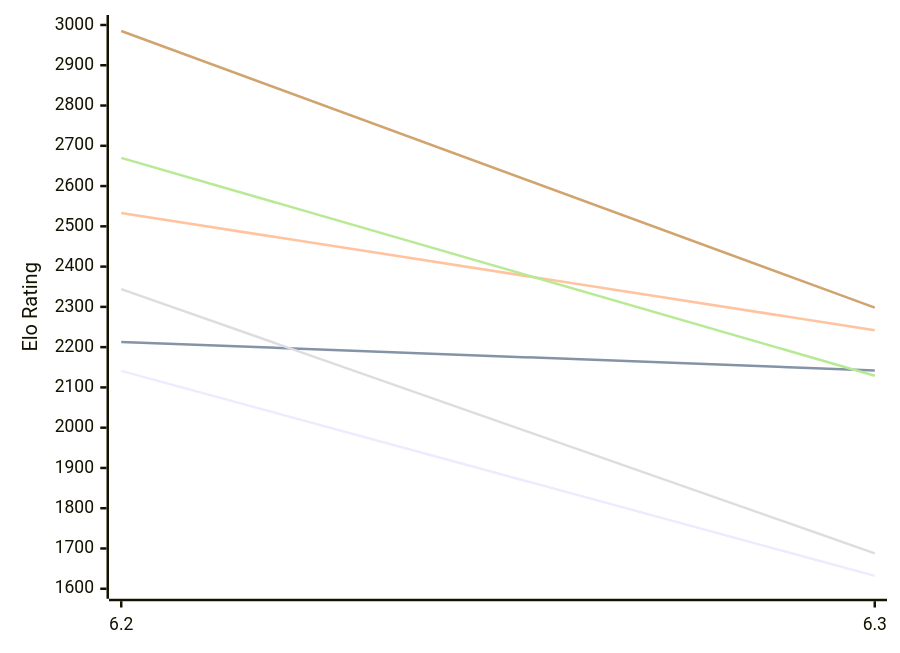
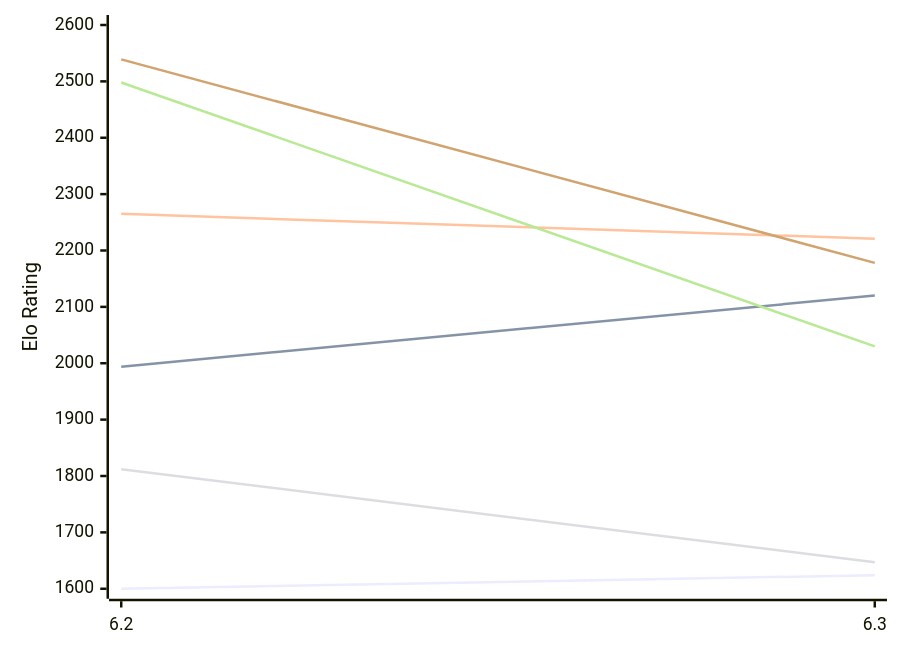
The first of 2 diagrams in engines/chess4j.md (computer-chess-index/cci), drawn with Mermaid before and after one commit. The commit also changed other lines of this file, not shown here.

Commit message:
Update CCI Ratings (ELO VLTC) - 2026-11-13

````diff
--- a/engines/chess4j.md
+++ b/engines/chess4j.md
@@ -50,12 +50,12 @@
 ```mermaid
 %%{init: {"theme":"base","themeVariables":{"seriesColors:['#a3a3a3','#222221','#faa371']}}}%%
 xychart-beta
   x-axis ["6.2", "6.3"]
-  y-axis "Elo Rating" 1600 --> 3000
-  line "E1: STC (8.0+0.08s)" [2141, 1632]
-  line "E1: LTC (60.0+0.60s)" [2213, 2142]
-  line "E1: VLTC (2m24s+1.12s)" [2533, 2242]
-  line "P1: STC (8.0+0.08s)" [2344, 1688]
-  line "P1: LTC (60.0+0.60s)" [2670, 2129]
-  line "P1: VLTC (2m24s+1.12s)" [2985, 2298]
+  y-axis "Elo Rating" 1600 --> 2600
+  line "E1: STC (8.0+0.08s)" [1600, 1624]
+  line "E1: LTC (60.0+0.60s)" [1994, 2120]
+  line "E1: VLTC (2m24s+1.12s)" [2265, 2221]
+  line "P1: STC (8.0+0.08s)" [1812, 1647]
+  line "P1: LTC (60.0+0.60s)" [2498, 2030]
+  line "P1: VLTC (2m24s+1.12s)" [2539, 2178]
 ```
````
